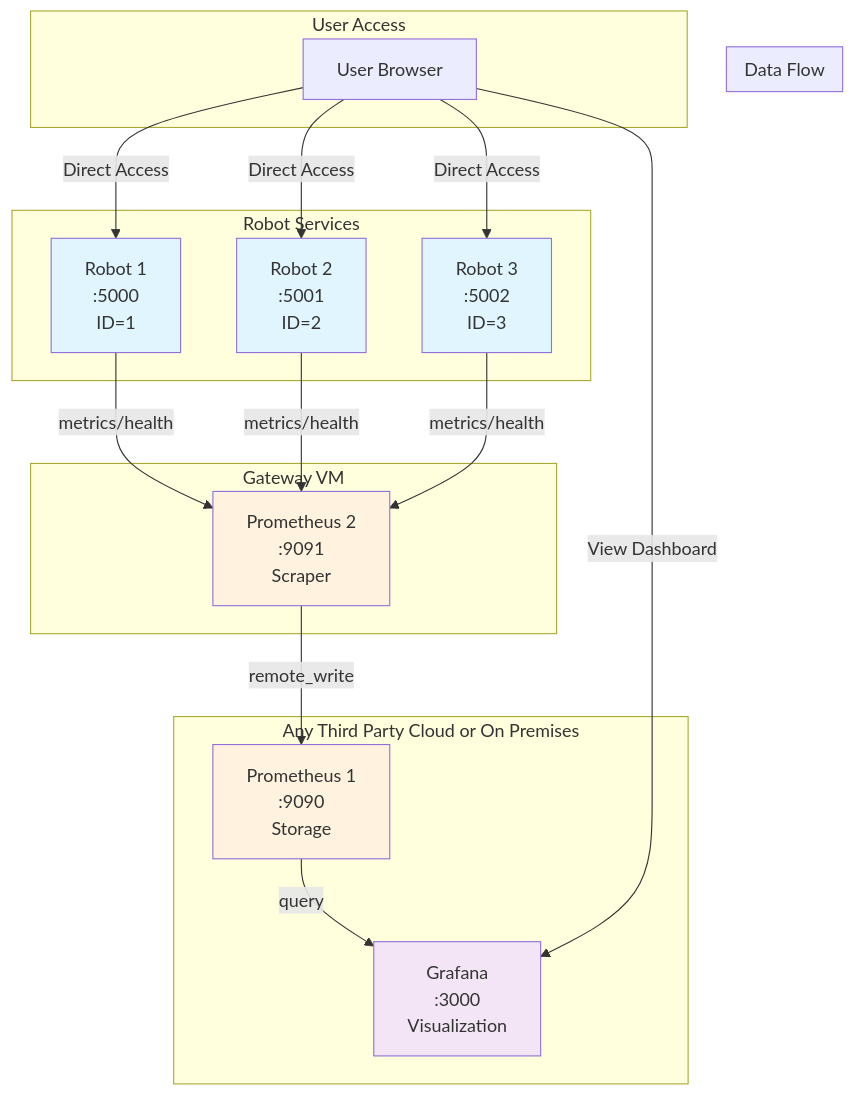
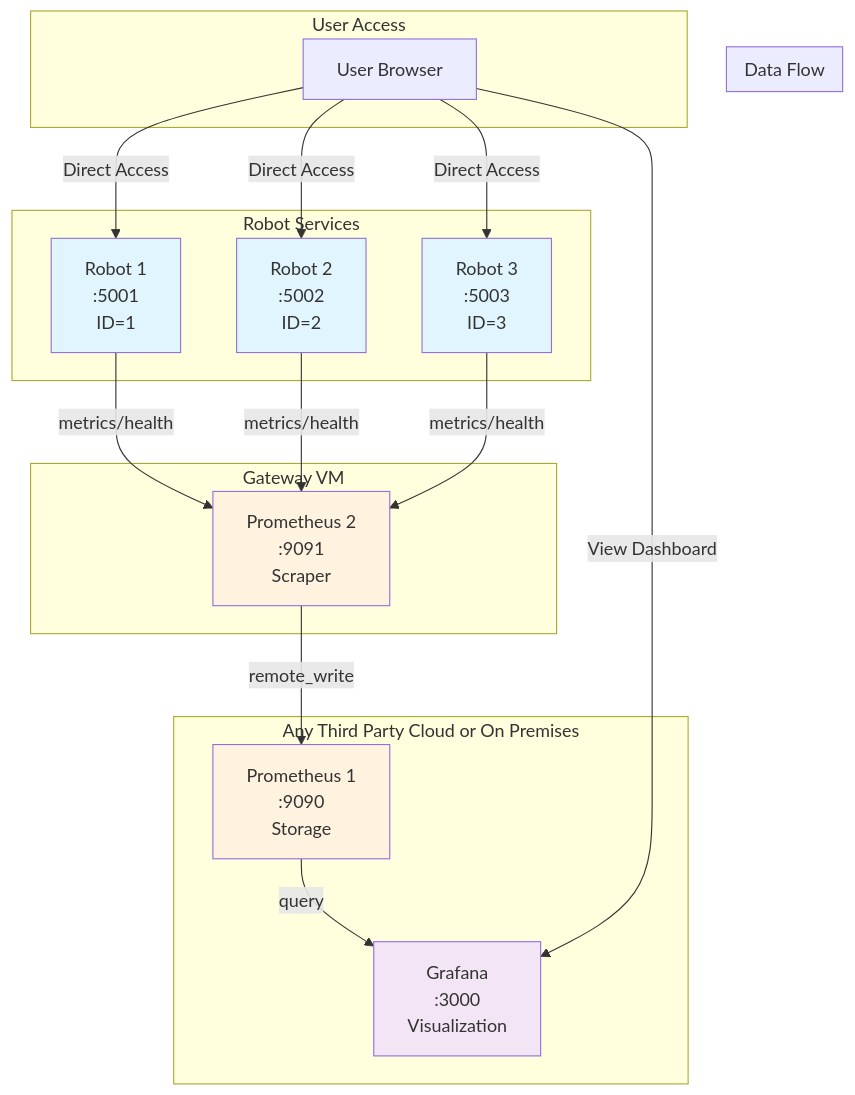
The diagram in monitoring/README.md (iam-jawad/Devops-assessment), drawn with Mermaid before and after one commit. The commit also changed other lines of this file and 5 other files, not shown here.

````diff
--- a/monitoring/README.md
+++ b/monitoring/README.md
@@ -7,40 +7,40 @@
 ```mermaid
 graph TB
     subgraph "Robot Services"
-        R1[Robot 1<br/>:5000<br/>ID=1]
-        R2[Robot 2<br/>:5001<br/>ID=2]
-        R3[Robot 3<br/>:5002<br/>ID=3]
+        R1[Robot 1<br/>:5001<br/>ID=1]
+        R2[Robot 2<br/>:5002<br/>ID=2]
+        R3[Robot 3<br/>:5003<br/>ID=3]
     end
 
     subgraph "Gateway VM"
         P2[Prometheus 2<br/>:9091<br/>Scraper]
     end
 
     subgraph "Any Third Party Cloud or On Premises"
         P1[Prometheus 1<br/>:9090<br/>Storage]
         G[Grafana<br/>:3000<br/>Visualization]
     end
 
     subgraph "Data Flow"
         R1 --> |metrics/health| P2
         R2 --> |metrics/health| P2
         R3 --> |metrics/health| P2
         P2 --> |remote_write| P1
         P1 --> |query| G
     end
 
     subgraph "User Access"
         U[User Browser]
         U --> |View Dashboard| G
         U --> |Direct Access| R1
         U --> |Direct Access| R2
         U --> |Direct Access| R3
     end
 
     style R1 fill:#e1f5fe
     style R2 fill:#e1f5fe
     style R3 fill:#e1f5fe
     style P2 fill:#fff3e0
     style P1 fill:#fff3e0
     style G fill:#f3e5f5
 ```
````
